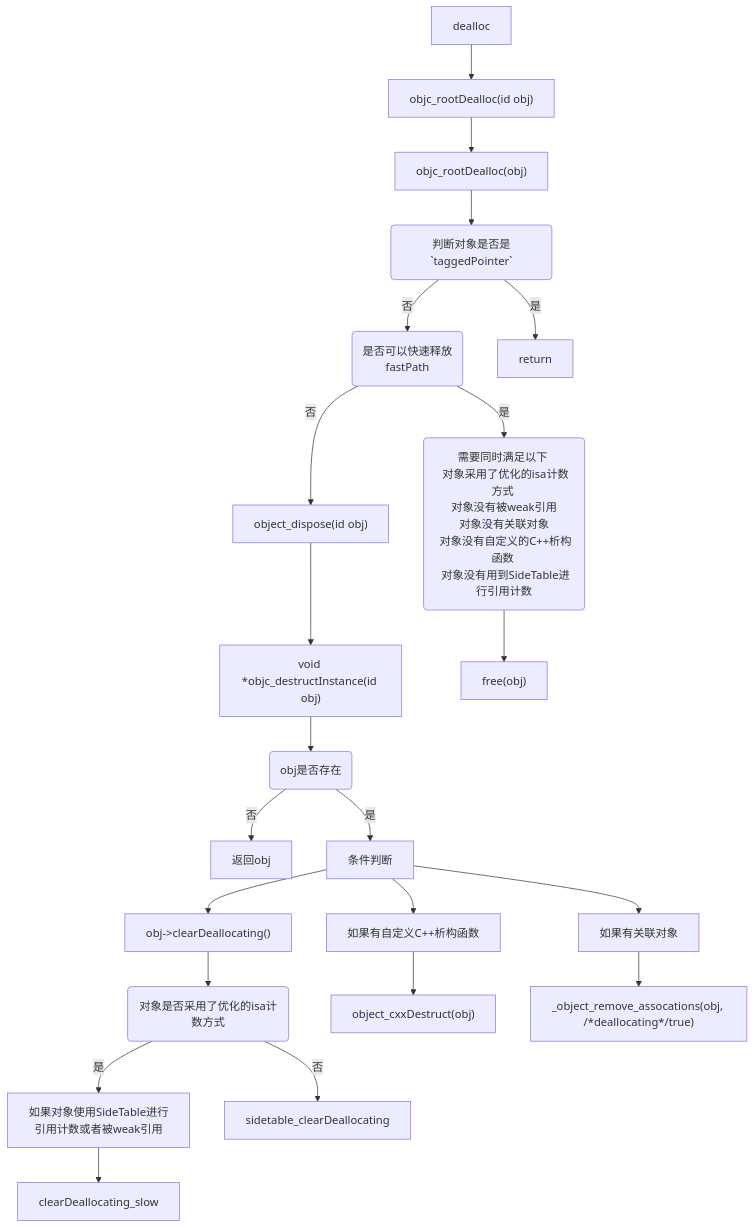
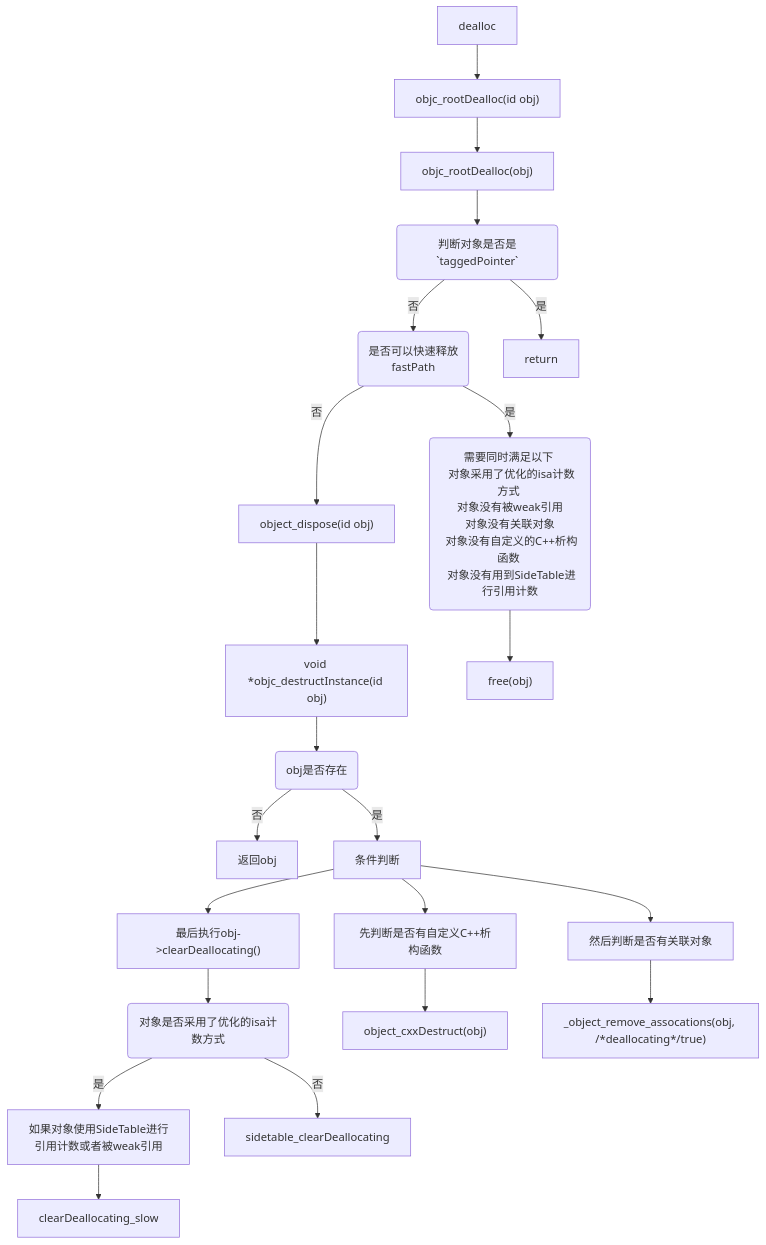
The diagram in Blogs/iOS/08-dealloc 探究.md (i-stack/STSourceCodeProject), drawn with Mermaid before and after one commit.

Commit message:
Update 08-dealloc 探究.md

````diff
--- a/Blogs/iOS/08-dealloc 探究.md
+++ b/Blogs/iOS/08-dealloc 探究.md
@@ -95,27 +95,27 @@
 ```mermaid
 graph TD
 
 _objc_rootDealloc["objc_rootDealloc(id obj)"]
 objc_rootDealloc["objc_rootDealloc(obj)"]
 isTaggedPointer(判断对象是否是`taggedPointer`)
 isFastPath(是否可以快速释放<br/>fastPath)
 fastPath(需要同时满足以下 <br/> 对象采用了优化的isa计数方式 <br/> 对象没有被weak引用 <br/> 对象没有关联对象 <br/> 对象没有自定义的C++析构函数 <br/> 对象没有用到SideTable进行引用计数)
 object_dispose["object_dispose(id obj)"]
 objc_destructInstance["void *objc_destructInstance(id obj)"]
 objcIsValid(obj是否存在)
 isNonpointer(对象是否采用了优化的isa计数方式)
 
 dealloc-->_objc_rootDealloc-->objc_rootDealloc-->isTaggedPointer
 isTaggedPointer-->|是|return
 isTaggedPointer-->|否|isFastPath
 isFastPath-->|是|fastPath-->free["free(obj)"]
 isFastPath-->|否|object_dispose-->objc_destructInstance-->objcIsValid
 objcIsValid-->|否|返回obj
 objcIsValid-->|是|条件判断
 
-条件判断-->如果有自定义C++析构函数-->object_cxxDestruct["object_cxxDestruct(obj)"]
-条件判断-->如果有关联对象-->_object_remove_assocations["_object_remove_assocations(obj, /*deallocating*/true)"]
-条件判断-->clearDeallocating["obj->clearDeallocating()"]-->isNonpointer
+条件判断-->先判断是否有自定义C++析构函数-->object_cxxDestruct["object_cxxDestruct(obj)"]
+条件判断-->然后判断是否有关联对象-->_object_remove_assocations["_object_remove_assocations(obj, /*deallocating*/true)"]
+条件判断-->clearDeallocating["最后执行obj->clearDeallocating()"]-->isNonpointer
 isNonpointer-->|是|如果对象使用SideTable进行引用计数或者被weak引用-->clearDeallocating_slow
 isNonpointer-->|否|sidetable_clearDeallocating
 ```
````
